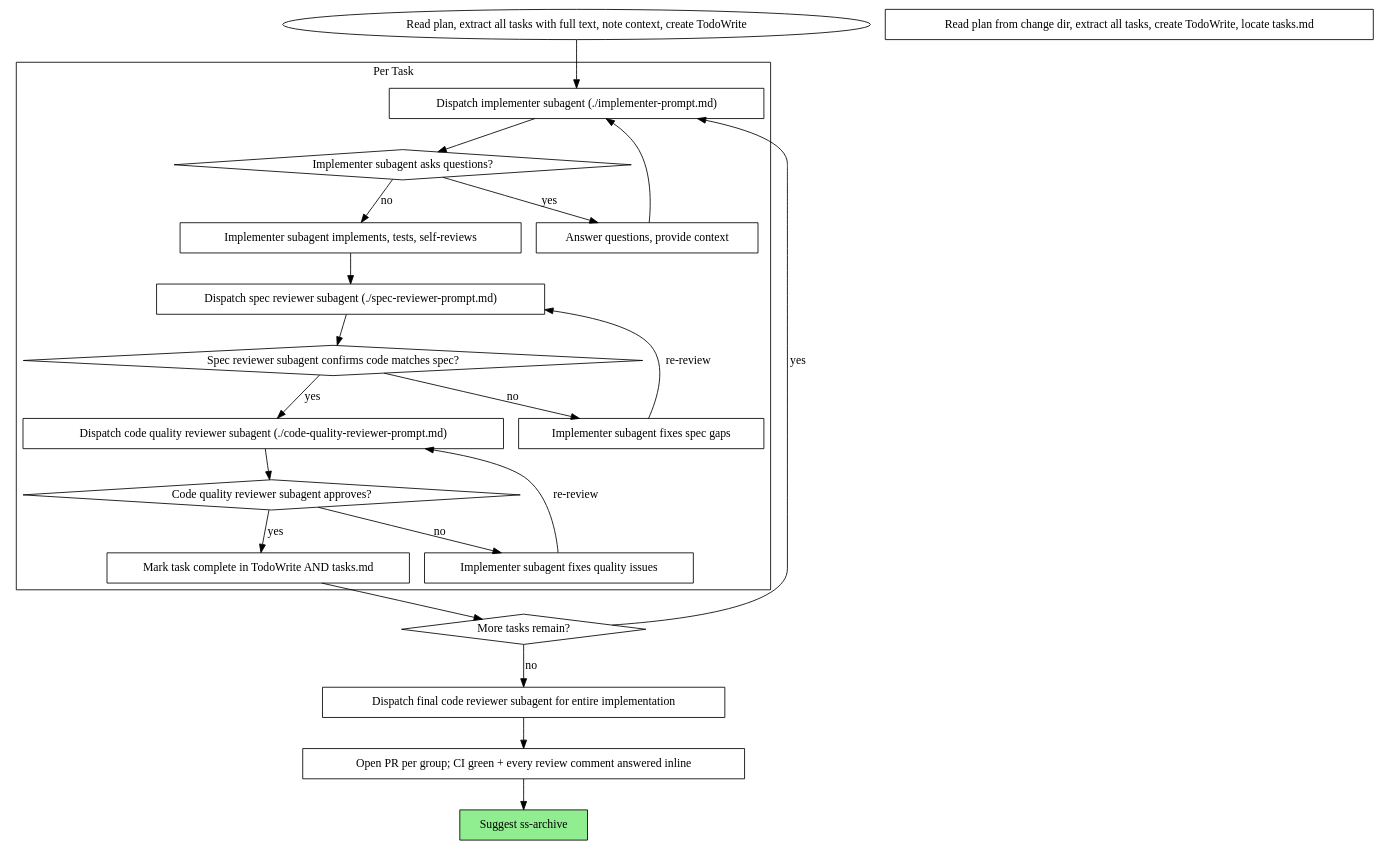
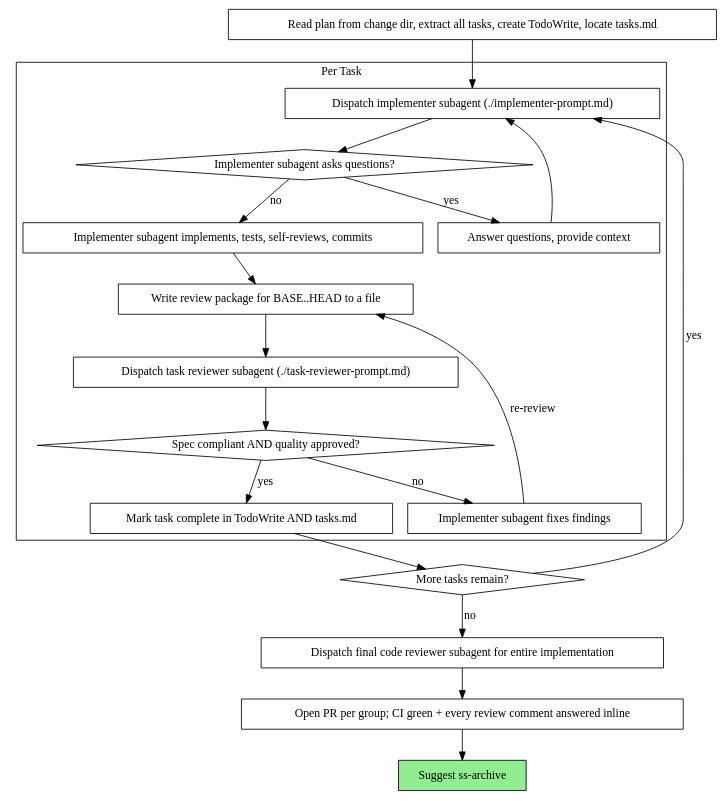
One commit to CoyoteLeo/superspec changed the second of 2 diagrams in skills/ss-subagent-driven-development/SKILL.md. Above: the diagram before and after it, drawn with Graphviz. The commit also changed other lines of this file and 9 other files, not shown here.

````diff
--- a/skills/ss-subagent-driven-development/SKILL.md
+++ b/skills/ss-subagent-driven-development/SKILL.md
@@ -55,46 +55,41 @@
 ```dot
 digraph process {
     rankdir=TB;
 
     subgraph cluster_per_task {
         label="Per Task";
         "Dispatch implementer subagent (./implementer-prompt.md)" [shape=box];
         "Implementer subagent asks questions?" [shape=diamond];
         "Answer questions, provide context" [shape=box];
-        "Implementer subagent implements, tests, self-reviews" [shape=box];
-        "Dispatch spec reviewer subagent (./spec-reviewer-prompt.md)" [shape=box];
-        "Spec reviewer subagent confirms code matches spec?" [shape=diamond];
-        "Implementer subagent fixes spec gaps" [shape=box];
-        "Dispatch code quality reviewer subagent (./code-quality-reviewer-prompt.md)" [shape=box];
-        "Code quality reviewer subagent approves?" [shape=diamond];
-        "Implementer subagent fixes quality issues" [shape=box];
+        "Implementer subagent implements, tests, self-reviews, commits" [shape=box];
+        "Write review package for BASE..HEAD to a file" [shape=box];
+        "Dispatch task reviewer subagent (./task-reviewer-prompt.md)" [shape=box];
+        "Spec compliant AND quality approved?" [shape=diamond];
+        "Implementer subagent fixes findings" [shape=box];
         "Mark task complete in TodoWrite AND tasks.md" [shape=box];
     }
 
     "Read plan from change dir, extract all tasks, create TodoWrite, locate tasks.md" [shape=box];
     "More tasks remain?" [shape=diamond];
     "Dispatch final code reviewer subagent for entire implementation" [shape=box];
     "Open PR per group; CI green + every review comment answered inline" [shape=box];
     "Suggest ss-archive" [shape=box style=filled fillcolor=lightgreen];
 
-    "Read plan, extract all tasks with full text, note context, create TodoWrite" -> "Dispatch implementer subagent (./implementer-prompt.md)";
+    "Read plan from change dir, extract all tasks, create TodoWrite, locate tasks.md" -> "Dispatch implementer subagent (./implementer-prompt.md)";
     "Dispatch implementer subagent (./implementer-prompt.md)" -> "Implementer subagent asks questions?";
     "Implementer subagent asks questions?" -> "Answer questions, provide context" [label="yes"];
     "Answer questions, provide context" -> "Dispatch implementer subagent (./implementer-prompt.md)";
-    "Implementer subagent asks questions?" -> "Implementer subagent implements, tests, self-reviews" [label="no"];
-    "Implementer subagent implements, tests, self-reviews" -> "Dispatch spec reviewer subagent (./spec-reviewer-prompt.md)";
-    "Dispatch spec reviewer subagent (./spec-reviewer-prompt.md)" -> "Spec reviewer subagent confirms code matches spec?";
-    "Spec reviewer subagent confirms code matches spec?" -> "Implementer subagent fixes spec gaps" [label="no"];
-    "Implementer subagent fixes spec gaps" -> "Dispatch spec reviewer subagent (./spec-reviewer-prompt.md)" [label="re-review"];
-    "Spec reviewer subagent confirms code matches spec?" -> "Dispatch code quality reviewer subagent (./code-quality-reviewer-prompt.md)" [label="yes"];
-    "Dispatch code quality reviewer subagent (./code-quality-reviewer-prompt.md)" -> "Code quality reviewer subagent approves?";
-    "Code quality reviewer subagent approves?" -> "Implementer subagent fixes quality issues" [label="no"];
-    "Implementer subagent fixes quality issues" -> "Dispatch code quality reviewer subagent (./code-quality-reviewer-prompt.md)" [label="re-review"];
-    "Code quality reviewer subagent approves?" -> "Mark task complete in TodoWrite AND tasks.md" [label="yes"];
+    "Implementer subagent asks questions?" -> "Implementer subagent implements, tests, self-reviews, commits" [label="no"];
+    "Implementer subagent implements, tests, self-reviews, commits" -> "Write review package for BASE..HEAD to a file";
+    "Write review package for BASE..HEAD to a file" -> "Dispatch task reviewer subagent (./task-reviewer-prompt.md)";
+    "Dispatch task reviewer subagent (./task-reviewer-prompt.md)" -> "Spec compliant AND quality approved?";
+    "Spec compliant AND quality approved?" -> "Implementer subagent fixes findings" [label="no"];
+    "Implementer subagent fixes findings" -> "Write review package for BASE..HEAD to a file" [label="re-review"];
+    "Spec compliant AND quality approved?" -> "Mark task complete in TodoWrite AND tasks.md" [label="yes"];
     "Mark task complete in TodoWrite AND tasks.md" -> "More tasks remain?";
     "More tasks remain?" -> "Dispatch implementer subagent (./implementer-prompt.md)" [label="yes"];
     "More tasks remain?" -> "Dispatch final code reviewer subagent for entire implementation" [label="no"];
     "Dispatch final code reviewer subagent for entire implementation" -> "Open PR per group; CI green + every review comment answered inline";
     "Open PR per group; CI green + every review comment answered inline" -> "Suggest ss-archive";
 }
 ```
````
